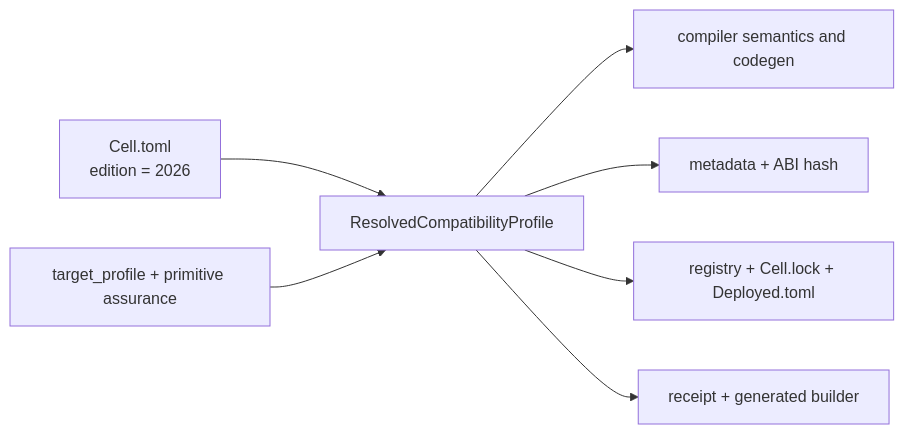
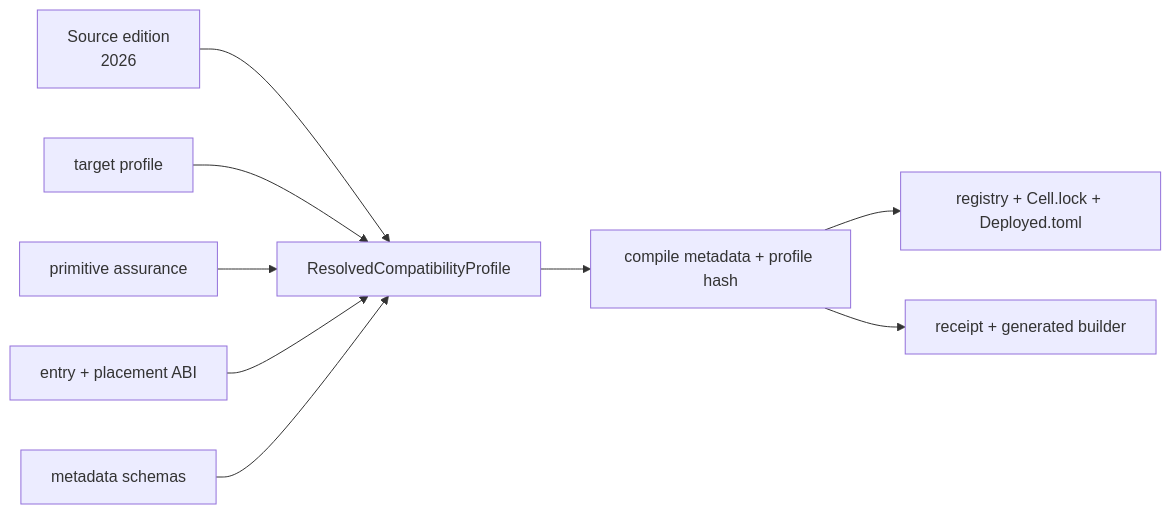
One commit to CellScript-Labs/CellScript changed the diagram in docs/CELLSCRIPT_EDITION_POLICY.md. Above: the diagram before and after it, drawn with Mermaid. The commit also changed other lines of this file and 40 other files, not shown here.

Commit message:
fix: close syntax audit and Edition profile gaps

````diff
--- a/docs/CELLSCRIPT_EDITION_POLICY.md
+++ b/docs/CELLSCRIPT_EDITION_POLICY.md
@@ -46,9 +82,11 @@
 ```mermaid
 flowchart LR
-    M["Cell.toml<br/>edition = 2026"] --> R["ResolvedCompatibilityProfile"]
-    T["target_profile + primitive assurance"] --> R
-    R --> C["compiler semantics and codegen"]
-    R --> A["metadata + ABI hash"]
-    R --> P["registry + Cell.lock + Deployed.toml"]
-    R --> B["receipt + generated builder"]
+    E["Source edition<br/>2026"] --> R["ResolvedCompatibilityProfile"]
+    T["target profile"] --> R
+    P["primitive assurance"] --> R
+    W["entry + placement ABI"] --> R
+    S["metadata schemas"] --> R
+    R --> M["compile metadata + profile hash"]
+    M --> I["registry + Cell.lock + Deployed.toml"]
+    M --> B["receipt + generated builder"]
 ```
````
